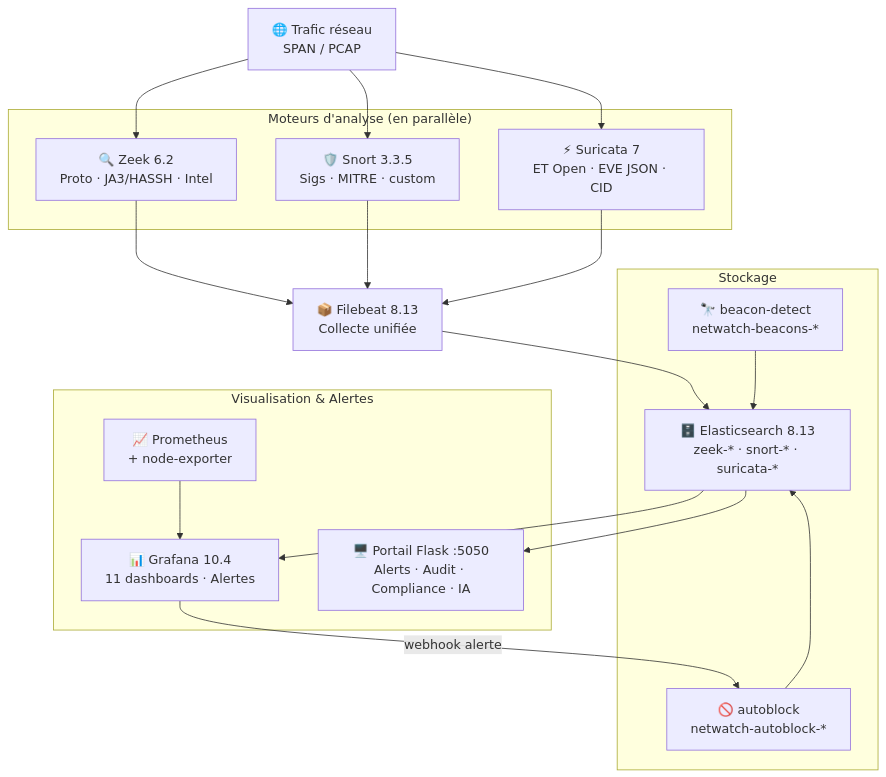
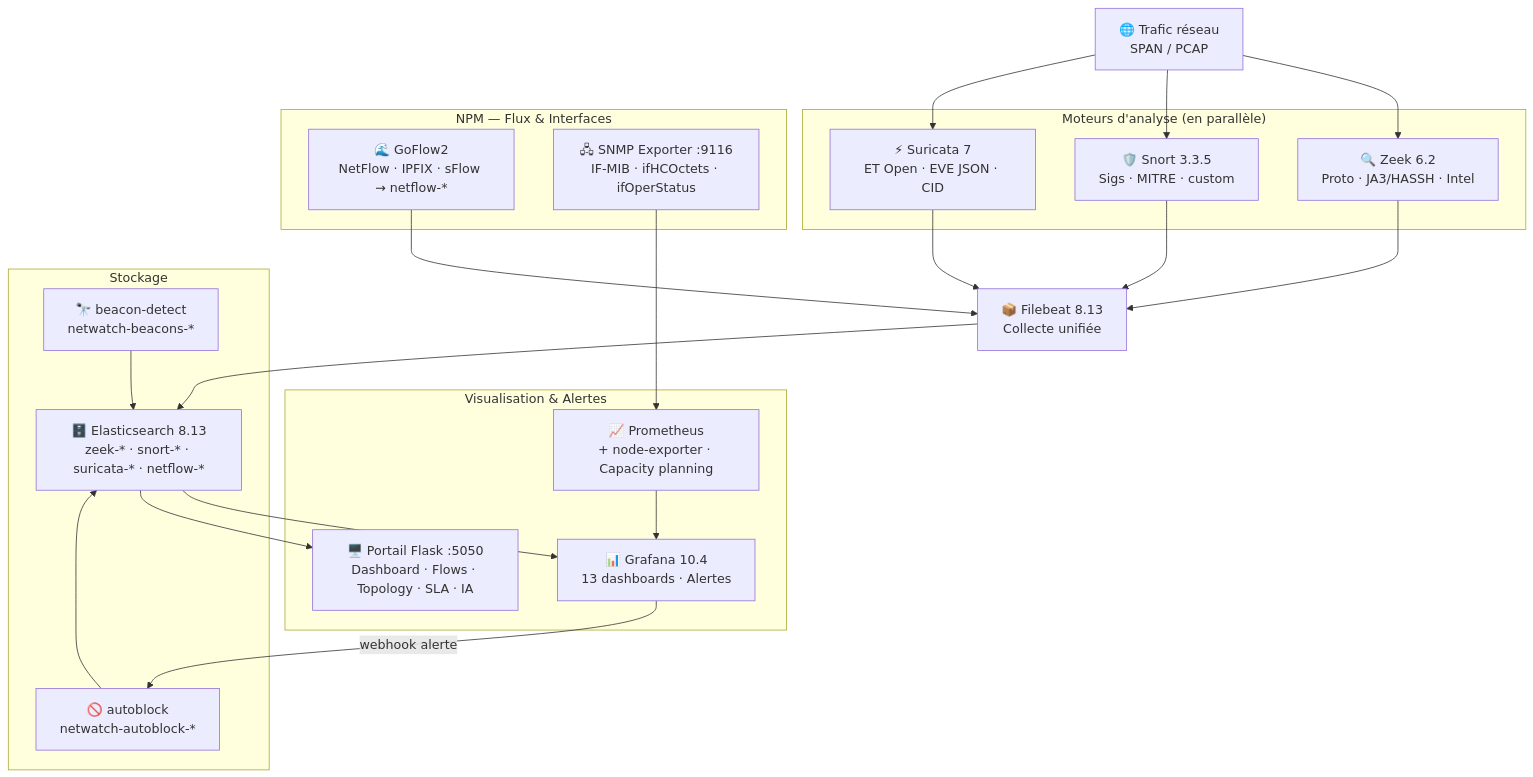
The diagram in README.md (Ourslow/Netwatch), drawn with Mermaid before and after one commit. The commit also changed other lines of this file, not shown here.

````diff
--- a/README.md
+++ b/README.md
@@ -142,40 +149,48 @@
 ```mermaid
 flowchart TD
     A["🌐 Trafic réseau\nSPAN / PCAP"] --> B
 
     subgraph SENSORS ["Moteurs d'analyse (en parallèle)"]
         B["🔍 Zeek 6.2\nProto · JA3/HASSH · Intel"]
         C["🛡️ Snort 3.3.5\nSigs · MITRE · custom"]
         D["⚡ Suricata 7\nET Open · EVE JSON · CID"]
     end
 
     A --> C
     A --> D
 
     B --> E
     C --> E
     D --> E
 
     E["📦 Filebeat 8.13\nCollecte unifiée"] --> F
 
+    subgraph NPM ["NPM — Flux & Interfaces"]
+        NF["🌊 GoFlow2\nNetFlow · IPFIX · sFlow → netflow-*"]
+        SN["🖧 SNMP Exporter :9116\nIF-MIB · ifHCOctets · ifOperStatus"]
+    end
+
+    NF --> E
+    SN --> K
+
     subgraph STORAGE ["Stockage"]
-        F["🗄️ Elasticsearch 8.13\nzeek-* · snort-* · suricata-*"]
+        F["🗄️ Elasticsearch 8.13\nzeek-* · snort-* · suricata-* · netflow-*"]
         G["🔭 beacon-detect\nnetwatch-beacons-*"]
         H["🚫 autoblock\nnetwatch-autoblock-*"]
     end
 
     G --> F
     H --> F
 
     F --> I
     F --> J
 
     subgraph VIZ ["Visualisation & Alertes"]
-        I["📊 Grafana 10.4\n11 dashboards · Alertes"]
-        J["🖥️ Portail Flask :5050\nAlerts · Audit · Compliance · IA"]
-        K["📈 Prometheus\n+ node-exporter"]
+        I["📊 Grafana 10.4\n13 dashboards · Alertes"]
+        J["🖥️ Portail Flask :5050\nDashboard · Flows · Topology · SLA · IA"]
+        K["📈 Prometheus\n+ node-exporter · Capacity planning"]
     end
 
     K --> I
     I -->|"webhook alerte"| H
 ```
````
